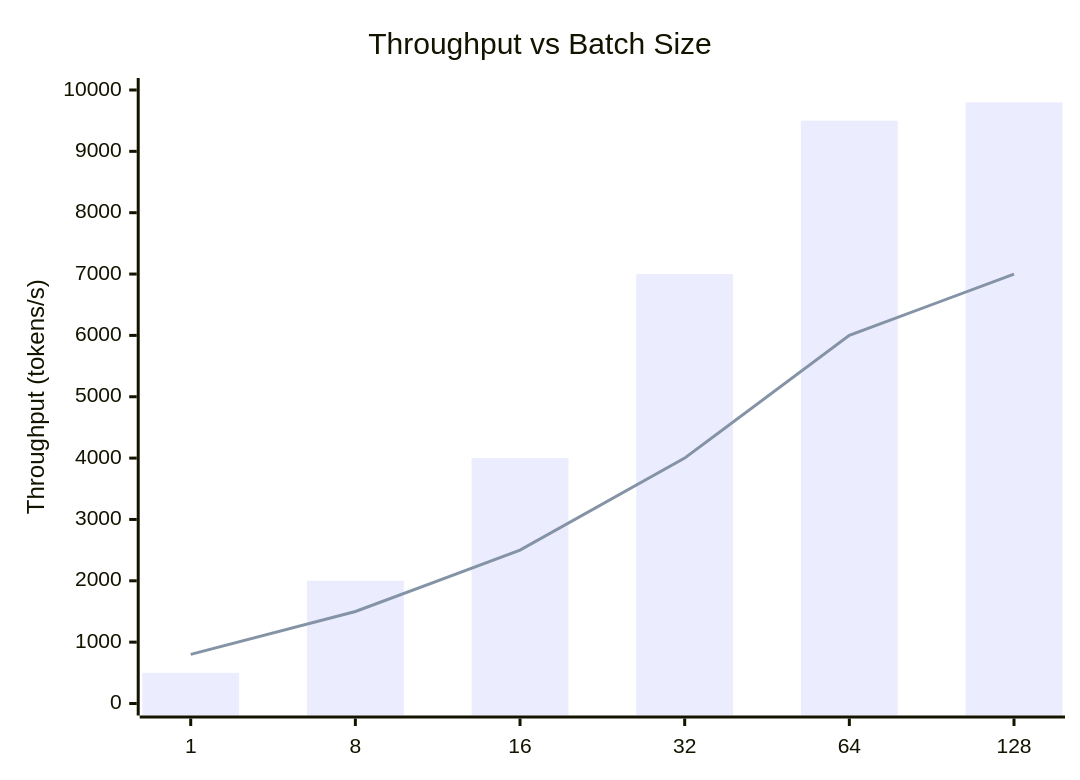
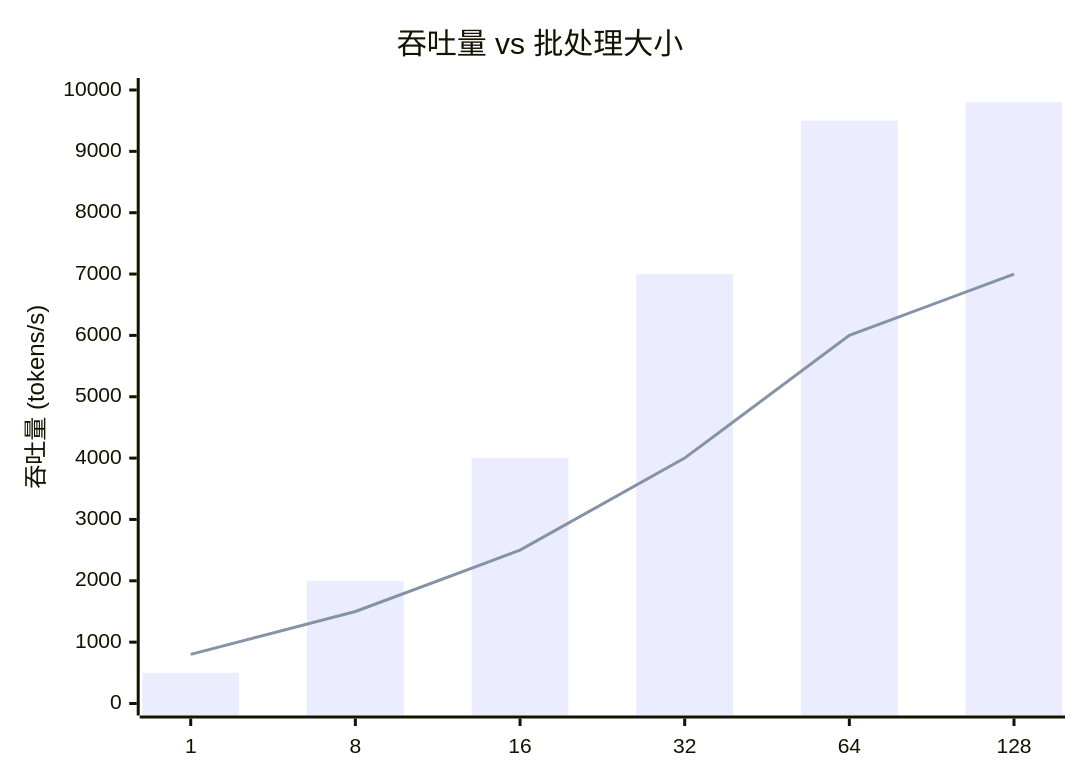
The fourth of 5 diagrams in docs/zh/architecture/overview.md (AICL-Lab/hetero-paged-infer), drawn with Mermaid before and after one commit. The commit also changed other lines of this file and 26 other files, not shown here.

````diff
--- a/docs/zh/architecture/overview.md
+++ b/docs/zh/architecture/overview.md
@@ -209,8 +209,8 @@
 ```mermaid
 xychart-beta
-    title "Throughput vs Batch Size"
+    title "吞吐量 vs 批处理大小"
     x-axis [1, 8, 16, 32, 64, 128]
-    y-axis "Throughput (tokens/s)" 0 --> 10000
+    y-axis "吞吐量 (tokens/s)" 0 --> 10000
     bar [500, 2000, 4000, 7000, 9500, 9800]
     line [800, 1500, 2500, 4000, 6000, 7000]
 ```
````
